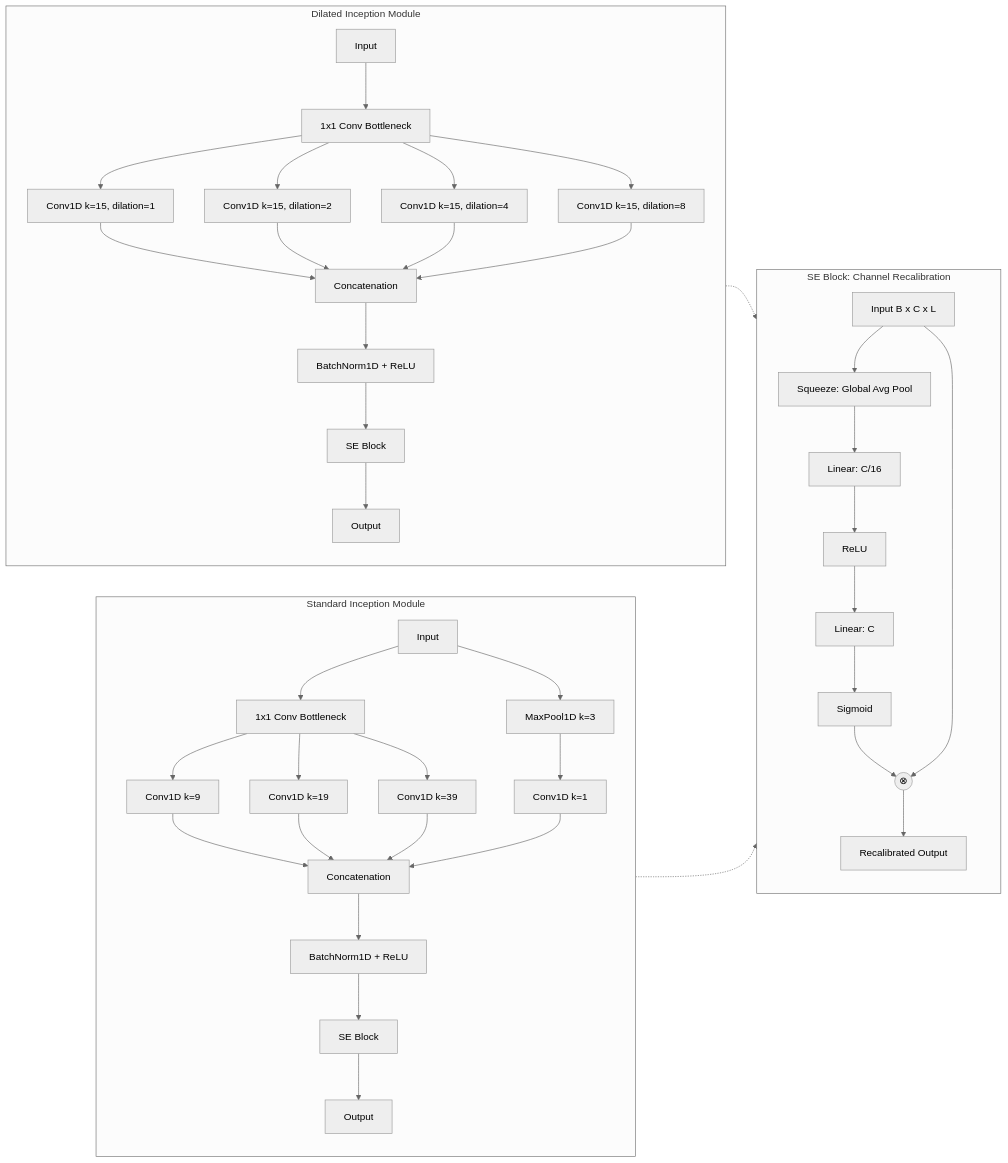
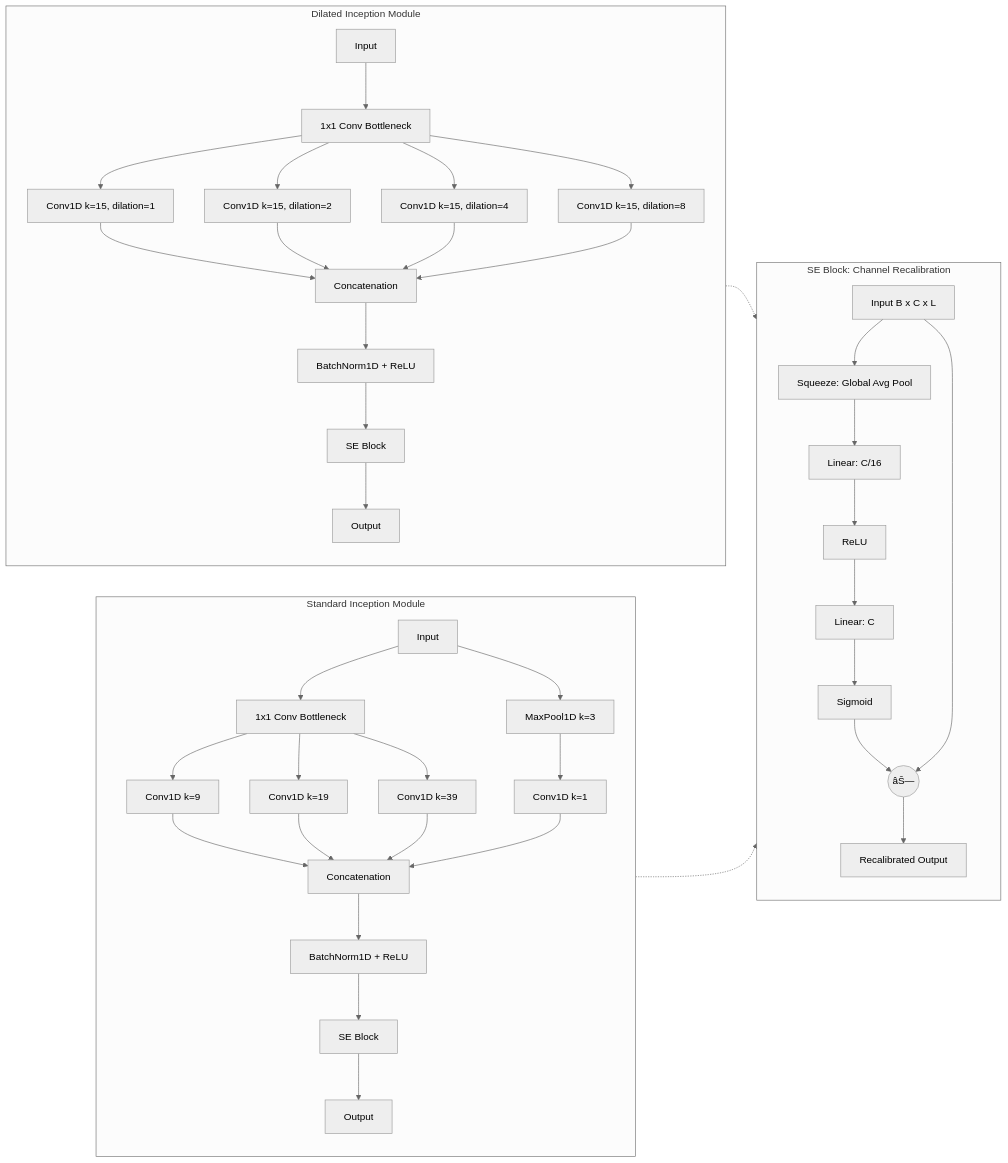
Before and after one commit to HardikNegi9/Guide: the second of 3 diagrams in INCEPTIONTIME_PAPER1_STUDY_GUIDE.md, drawn with Mermaid (neutral theme). The commit also changed other lines of this file and 4 other files, not shown here.

````diff
--- a/INCEPTIONTIME_PAPER1_STUDY_GUIDE.md
+++ b/INCEPTIONTIME_PAPER1_STUDY_GUIDE.md
@@ -96,58 +152,58 @@
 ```mermaid
 flowchart LR
     %% Standard Inception Module Breakout
     subgraph StandardInception [Standard Inception Module]
          direction TB
          SI_In[Input] --> SI_Bneck[1x1 Conv Bottleneck]
          
          SI_Bneck --> SI_C1[Conv1D k=9]
          SI_Bneck --> SI_C2[Conv1D k=19]
          SI_Bneck --> SI_C3[Conv1D k=39]
          
          SI_In --> SI_MaxPool[MaxPool1D k=3] --> SI_PoolConv[Conv1D k=1]
          
          SI_C1 --> SI_Concat[Concatenation]
          SI_C2 --> SI_Concat
          SI_C3 --> SI_Concat
          SI_PoolConv --> SI_Concat
          
          SI_Concat --> SI_Norm[BatchNorm1D + ReLU]
          SI_Norm --> SI_SE[SE Block]
          SI_SE --> SI_Out[Output]
     end
     
     %% Dilated Inception Module Breakout
     subgraph DilatedInception [Dilated Inception Module]
          direction TB
          DI_In[Input] --> DI_Bneck[1x1 Conv Bottleneck]
          
          DI_Bneck --> DI_D1[Conv1D k=15, dilation=1]
          DI_Bneck --> DI_D2[Conv1D k=15, dilation=2]
          DI_Bneck --> DI_D3[Conv1D k=15, dilation=4]
          DI_Bneck --> DI_D4[Conv1D k=15, dilation=8]
          
          DI_D1 --> DI_Concat[Concatenation]
          DI_D2 --> DI_Concat
          DI_D3 --> DI_Concat
          DI_D4 --> DI_Concat
          
          DI_Concat --> DI_Norm[BatchNorm1D + ReLU]
          DI_Norm --> DI_SE[SE Block]
          DI_SE --> DI_Out[Output]
     end
     
     %% Common SE Block Details
     subgraph SEDetails [SE Block: Channel Recalibration]
         SE_In[Input B x C x L] --> SE_Sq[Squeeze: Global Avg Pool]
         SE_Sq --> SE_Lin1[Linear: C/16]
         SE_Lin1 --> SE_ReLU[ReLU]
         SE_ReLU --> SE_Lin2[Linear: C]
         SE_Lin2 --> SE_Sigmoid[Sigmoid]
-        SE_Sigmoid --> SE_Mult((⊗))
+        SE_Sigmoid --> SE_Mult((âŠ—))
         SE_In --> SE_Mult
         SE_Mult --> SE_Out_Final[Recalibrated Output]
     end
     
     SI_SE -.-> SEDetails
     DI_SE -.-> SEDetails
 ```
````
